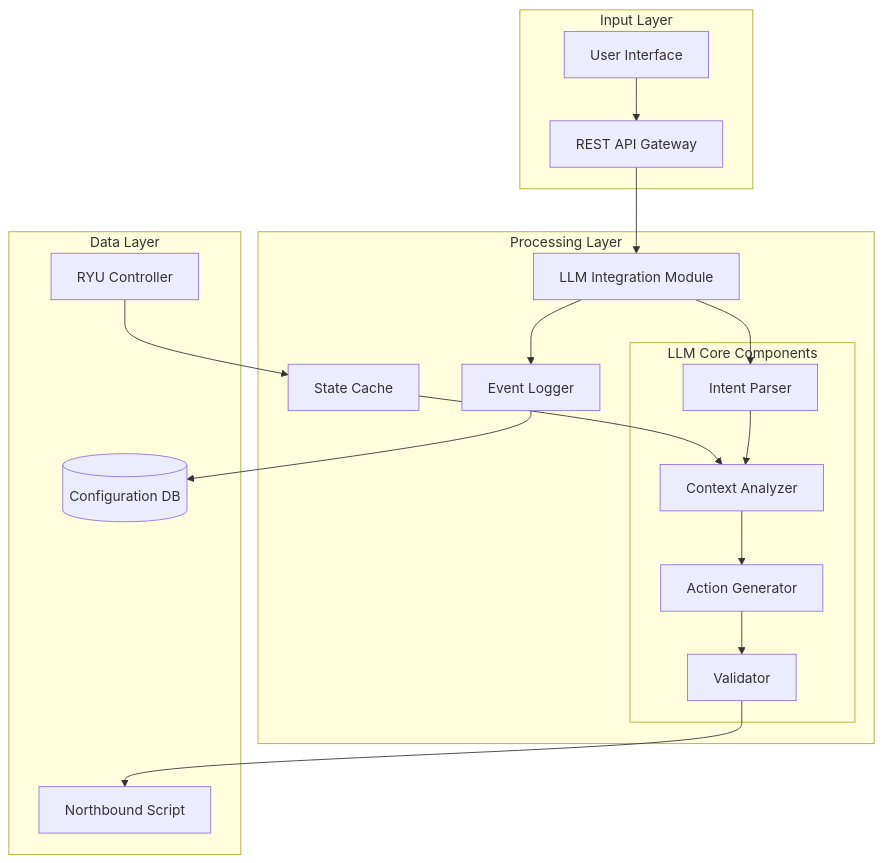
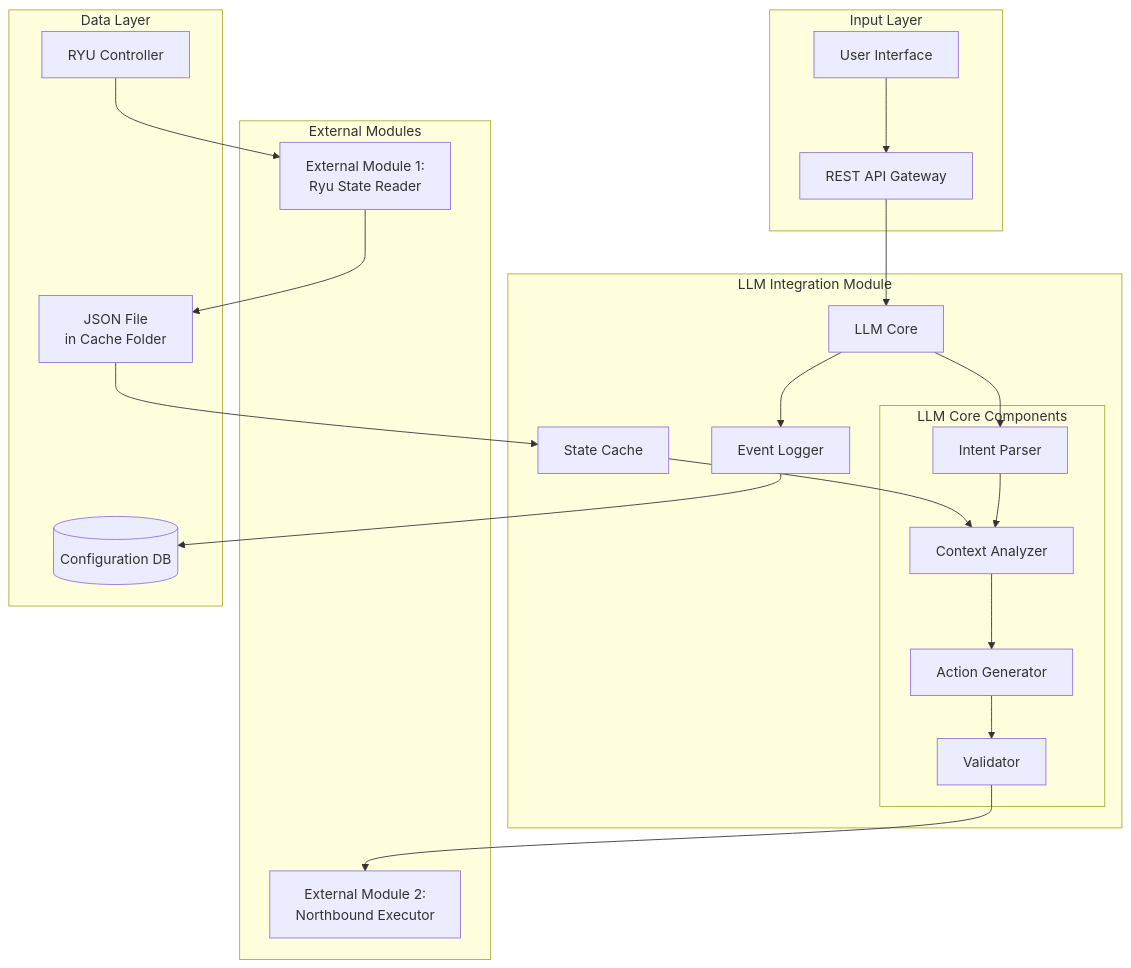
Before and after one commit to andreapedrini01/llm-driven-net: the diagram in .kiro/specs/llm-integration-module/design.md, drawn with Mermaid. The commit also changed other lines of this file and 1 other file, not shown here.

````diff
--- a/.kiro/specs/llm-integration-module/design.md
+++ b/.kiro/specs/llm-integration-module/design.md
@@ -13,37 +15,44 @@
 ```mermaid
 graph TB
     subgraph "Input Layer"
         UI[User Interface]
         API[REST API Gateway]
     end
     
-    subgraph "Processing Layer"
-        LLM[LLM Integration Module]
+    subgraph "LLM Integration Module"
+        LLM[LLM Core]
         subgraph "LLM Core Components"
             IP[Intent Parser]
             CA[Context Analyzer] 
             AG[Action Generator]
             V[Validator]
         end
         Cache[State Cache]
         Logger[Event Logger]
     end
     
+    subgraph "External Modules"
+        EM1[External Module 1:<br/>Ryu State Reader]
+        EM2[External Module 2:<br/>Northbound Executor]
+    end
+    
     subgraph "Data Layer"
         RYU[RYU Controller]
-        NS[Northbound Script]
+        JSON[JSON File<br/>in Cache Folder]
         DB[(Configuration DB)]
     end
     
     UI --> API
     API --> LLM
     LLM --> IP
     IP --> CA
     CA --> AG
     AG --> V
-    V --> NS
-    RYU --> Cache
+    V --> EM2
+    RYU --> EM1
+    EM1 --> JSON
+    JSON --> Cache
     Cache --> CA
     LLM --> Logger
     Logger --> DB
 ```
````
